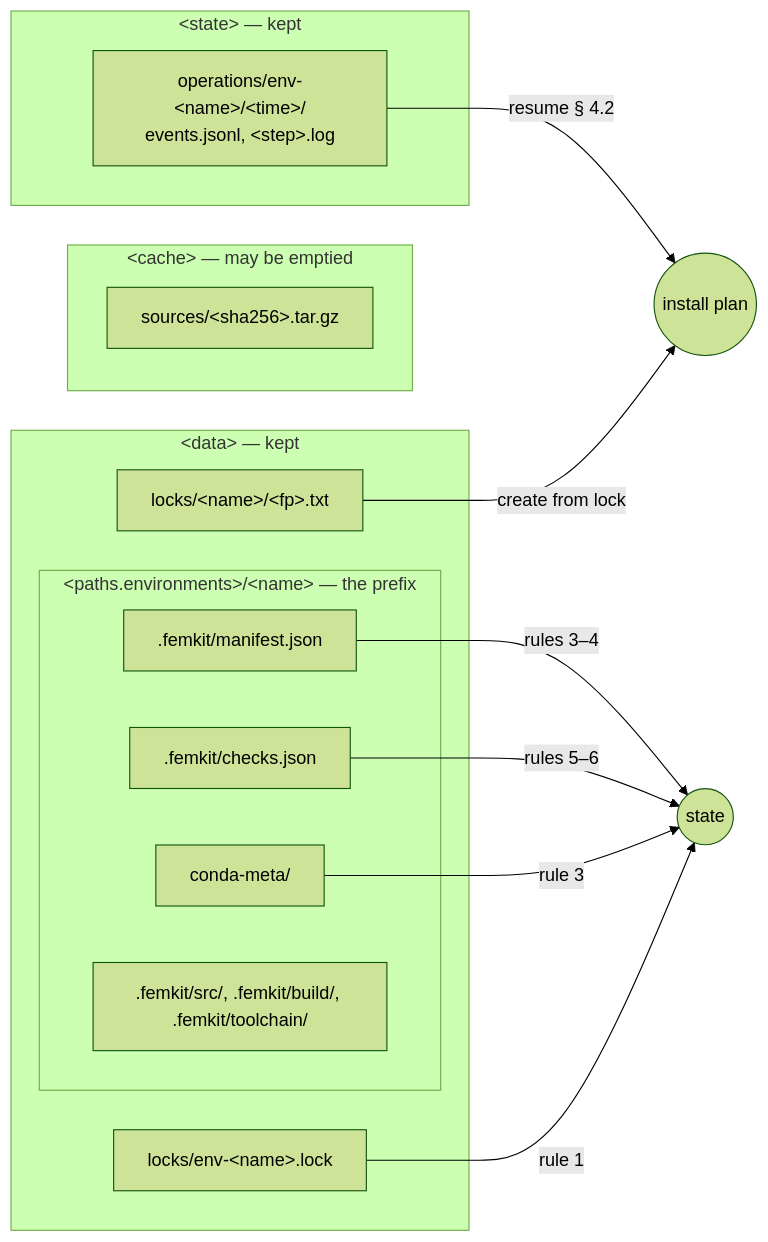
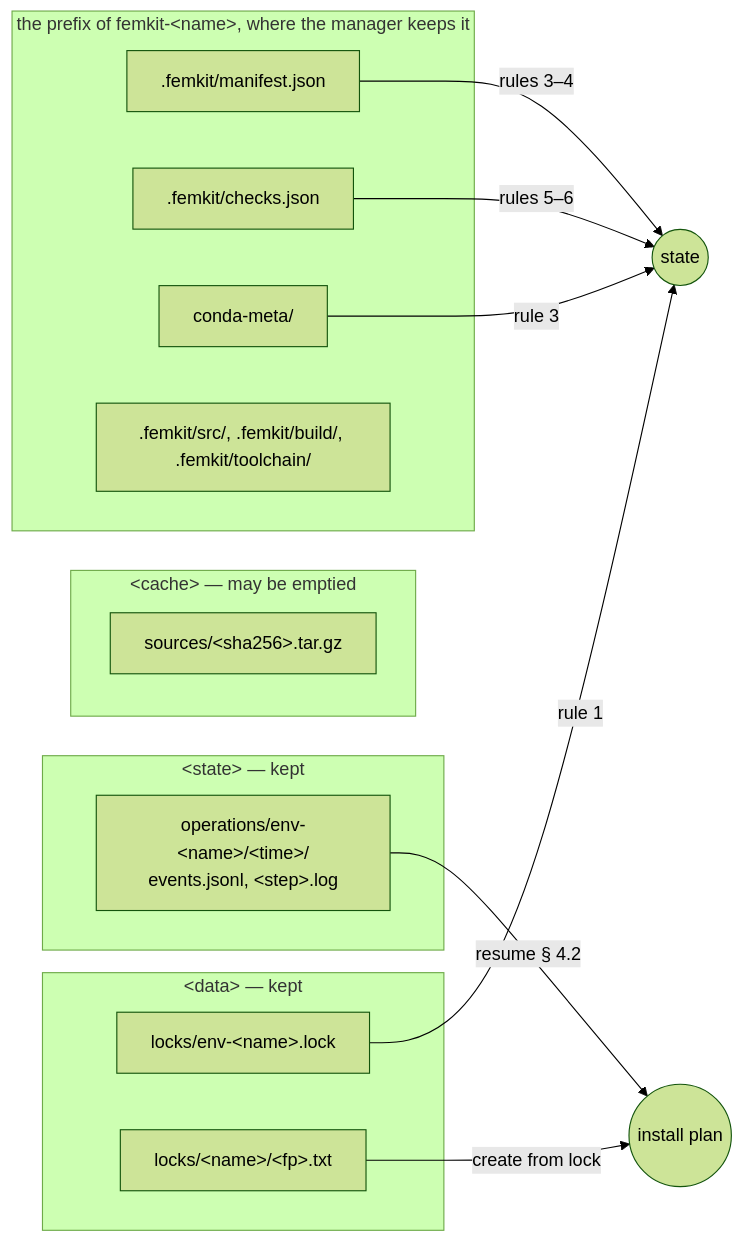
One commit to Qing-LAB/femkit changed the eighth of 11 diagrams in docs/contracts/envs.md. Above: the diagram before and after it, drawn with Mermaid (forest theme). The commit also changed other lines of this file and 512 other files, not shown here.

````diff
--- a/docs/contracts/envs.md
+++ b/docs/contracts/envs.md
@@ -373,25 +456,25 @@
 ```mermaid
 flowchart LR
+    subgraph pre["the prefix of femkit-&lt;name&gt;, where the manager keeps it"]
+        cm["conda-meta/"]
+        mf[".femkit/manifest.json"]
+        ck[".femkit/checks.json"]
+        src[".femkit/src/, .femkit/build/, .femkit/toolchain/"]
+    end
     subgraph data["&lt;data&gt; — kept"]
         lk["locks/&lt;name&gt;/&lt;fp&gt;.txt"]
         sl["locks/env-&lt;name&gt;.lock"]
-        subgraph pre["&lt;paths.environments&gt;/&lt;name&gt; — the prefix"]
-            cm["conda-meta/"]
-            mf[".femkit/manifest.json"]
-            ck[".femkit/checks.json"]
-            src[".femkit/src/, .femkit/build/, .femkit/toolchain/"]
-        end
     end
     subgraph cache["&lt;cache&gt; — may be emptied"]
         ar["sources/&lt;sha256&gt;.tar.gz"]
     end
     subgraph state["&lt;state&gt; — kept"]
         ev["operations/env-&lt;name&gt;/&lt;time&gt;/<br/>events.jsonl, &lt;step&gt;.log"]
     end
     mf -->|"rules 3–4"| st(("state"))
     ck -->|"rules 5–6"| st
     cm -->|"rule 3"| st
     sl -->|"rule 1"| st
     ev -->|"resume § 4.2"| plan(("install plan"))
     lk -->|"create from lock"| plan
 ```
````
